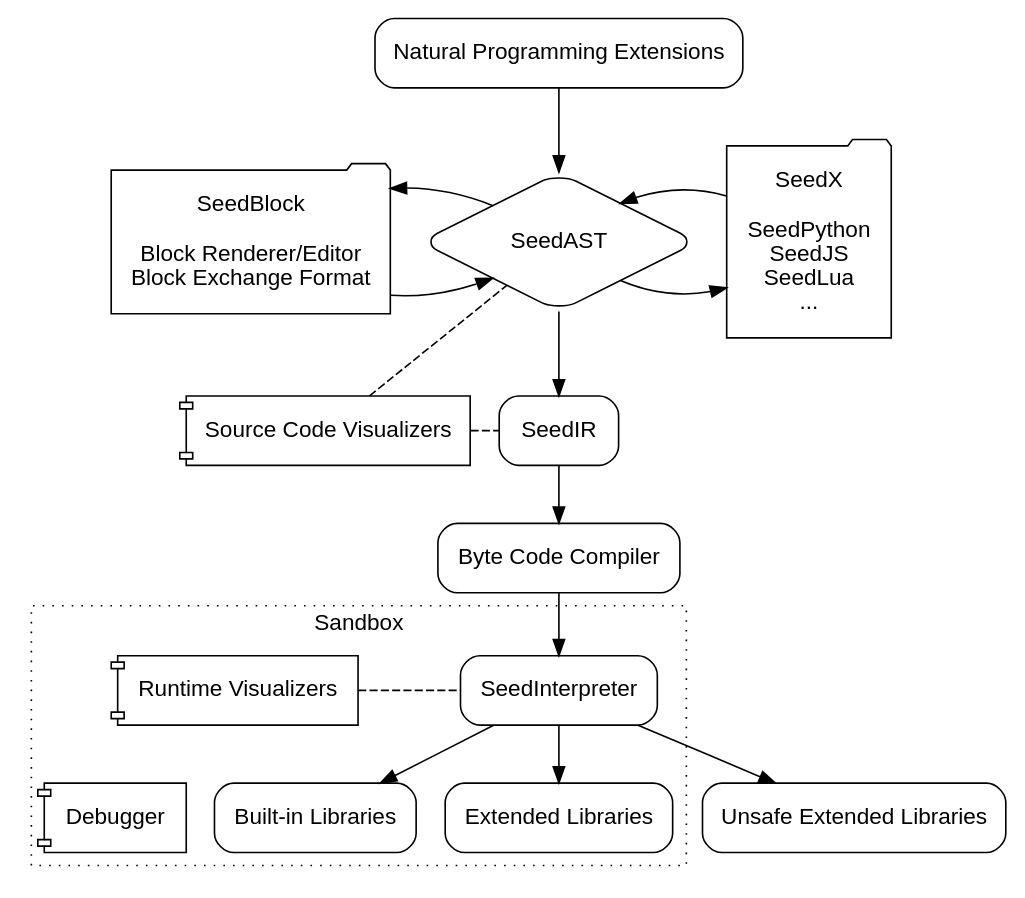
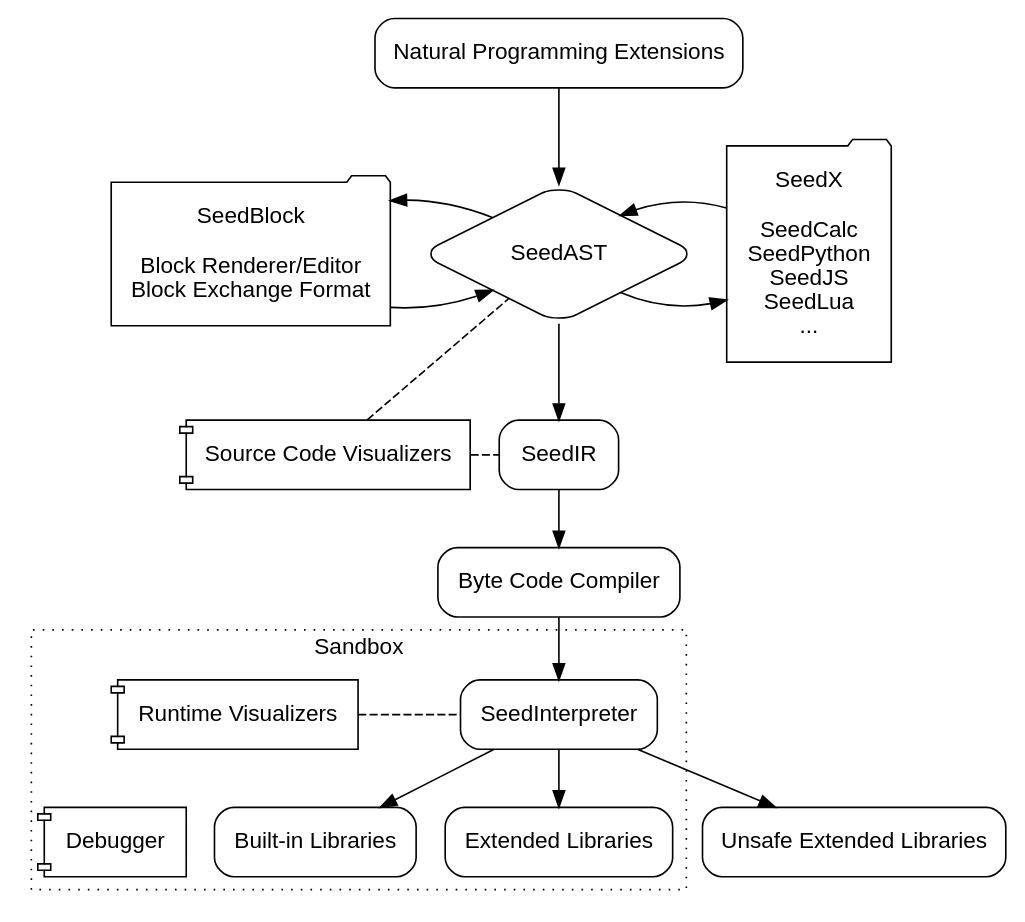
Before and after one commit to SeedV/SeedLang: the diagram in design/overview.gv, drawn with Graphviz. The commit also changed 2 other files, not shown here.

Commit message:
Add SeedCalc to the overview design doc

```diff
--- a/design/overview.gv
+++ b/design/overview.gv
@@ -1,104 +1,104 @@
 // Copyright 2021-2022 The SeedV Lab.
 //
 // Licensed under the Apache License, Version 2.0 (the "License");
 // you may not use this file except in compliance with the License.
 // You may obtain a copy of the License at
 //
 //     http://www.apache.org/licenses/LICENSE-2.0
 //
 // Unless required by applicable law or agreed to in writing, software
 // distributed under the License is distributed on an "AS IS" BASIS,
 // WITHOUT WARRANTIES OR CONDITIONS OF ANY KIND, either express or implied.
 // See the License for the specific language governing permissions and
 // limitations under the License.
 
 strict digraph SeedLang {
 
     compound = true
     concentrate = true
     newrank = true
     fontname = "Arial"
 
     node [
         fontname = "Arial"
         margin = 0.2
         shape = box
         style = rounded
     ]
 
     NaturalProgrammingExtensions [ label = "Natural Programming Extensions" ]
 
     SeedBlock [
         label = "SeedBlock\n\nBlock Renderer/Editor\nBlock Exchange Format"
         shape = folder
     ]
     SeedAST [ shape = diamond ]
     SeedX [
-        label = "SeedX\n\nSeedPython\nSeedJS\nSeedLua\n..."
+        label = "SeedX\n\nSeedCalc\nSeedPython\nSeedJS\nSeedLua\n..."
         shape = folder
     ]
     { rank=same SeedBlock SeedAST SeedX }
 
     SourceCodeVisualizers [
         label = "Source Code Visualizers"
         shape = component
     ]
     SeedIR []
     { rank=same SourceCodeVisualizers SeedIR }
 
     BytecodeCompiler [ label = "Byte Code Compiler" ]
 
     SeedInterpreter []
     RuntimeVisualizers [
         label = "Runtime Visualizers"
         shape = component
     ]
     { rank=same SeedInterpreter RuntimeVisualizers }
 
     Libraries [ label = "Built-in Libraries" ]
     ExtendedLibraries [ label = "Extended Libraries" ]
     Debugger [ shape = component ]
     { rank=same Libraries ExtendedLibraries Debugger }
 
     Unsafe [ label = "Unsafe Extended Libraries" ]
 
     NaturalProgrammingExtensions -> SeedAST
 
     SeedBlock -> SeedAST
     SeedAST -> SeedBlock [constraint = false]
     SeedAST -> SeedX
     SeedX -> SeedAST [constraint = false]
     SeedAST -> SeedIR
     SeedIR -> BytecodeCompiler -> SeedInterpreter
 
     SourceCodeVisualizers -> SeedAST [
         constraint = false
         style = dashed
         arrowhead = none
     ]
     SourceCodeVisualizers -> SeedIR [
         constraint = true
         style = dashed
         arrowhead = none
     ]
     RuntimeVisualizers -> SeedInterpreter [
         constraint = false
         style = dashed
         arrowhead = none
     ]
 
     subgraph cluster_Sandbox {
         label = "Sandbox"
         shape = folder
         style = dotted
 
         RuntimeVisualizers
         Debugger
 
         SeedInterpreter -> Libraries
         SeedInterpreter -> ExtendedLibraries
     }
 
     SeedInterpreter -> Unsafe
 
 }
```
